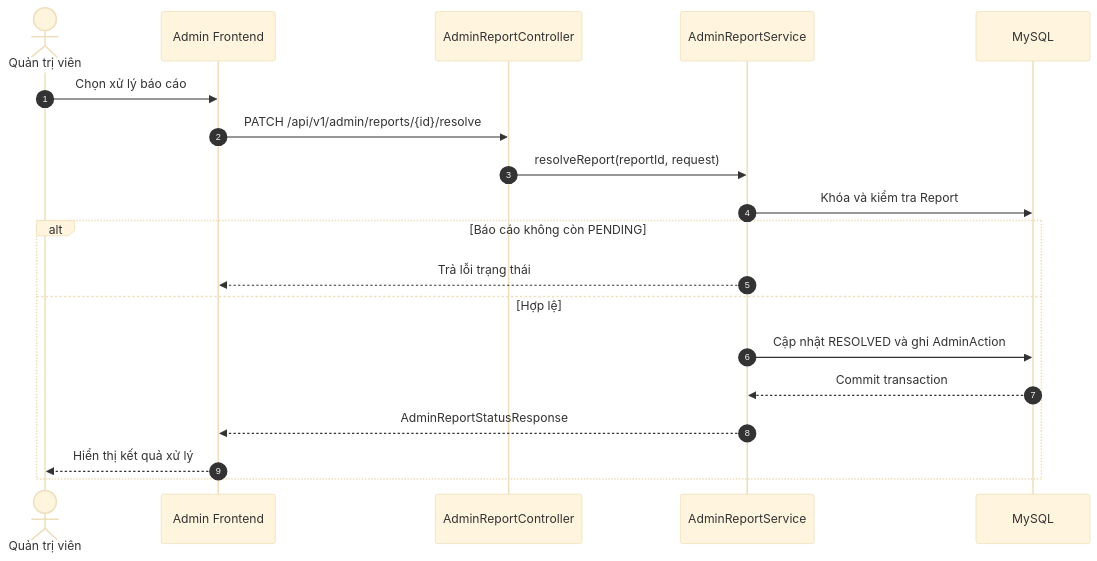
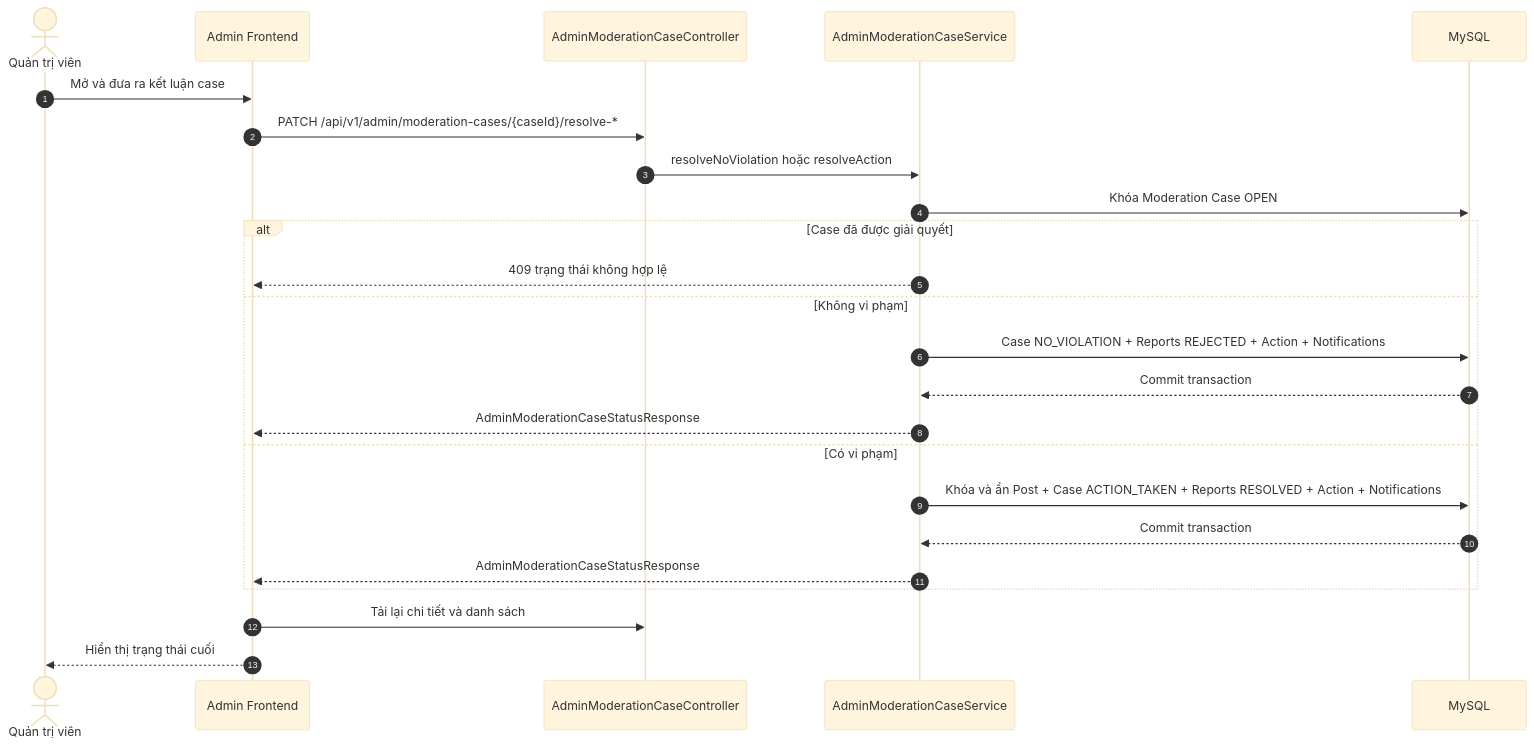
One commit to duoz0323/student-social-network changed the diagram in docs/diagrams/sequence diagrams/process-report-sequence-report.mmd. Above: the diagram before and after it, drawn with Mermaid (base theme). The commit also changed 80 other files, not shown here.

```diff
--- a/docs/diagrams/sequence diagrams/process-report-sequence-report.mmd
+++ b/docs/diagrams/sequence diagrams/process-report-sequence-report.mmd
@@ -1,20 +1,25 @@
 sequenceDiagram
     autonumber
     actor A as Quản trị viên
     participant FE as Admin Frontend
-    participant RC as AdminReportController
-    participant RS as AdminReportService
+    participant MC as AdminModerationCaseController
+    participant MS as AdminModerationCaseService
     participant DB as MySQL
 
-    A->>FE: Chọn xử lý báo cáo
-    FE->>RC: PATCH /api/v1/admin/reports/{id}/resolve
-    RC->>RS: resolveReport(reportId, request)
-    RS->>DB: Khóa và kiểm tra Report
-    alt Báo cáo không còn PENDING
-        RS-->>FE: Trả lỗi trạng thái
-    else Hợp lệ
-        RS->>DB: Cập nhật RESOLVED và ghi AdminAction
-        DB-->>RS: Commit transaction
-        RS-->>FE: AdminReportStatusResponse
-        FE-->>A: Hiển thị kết quả xử lý
+    A->>FE: Mở và đưa ra kết luận case
+    FE->>MC: PATCH /api/v1/admin/moderation-cases/{caseId}/resolve-*
+    MC->>MS: resolveNoViolation hoặc resolveAction
+    MS->>DB: Khóa Moderation Case OPEN
+    alt Case đã được giải quyết
+        MS-->>FE: 409 trạng thái không hợp lệ
+    else Không vi phạm
+        MS->>DB: Case NO_VIOLATION + Reports REJECTED + Action + Notifications
+        DB-->>MS: Commit transaction
+        MS-->>FE: AdminModerationCaseStatusResponse
+    else Có vi phạm
+        MS->>DB: Khóa và ẩn Post + Case ACTION_TAKEN + Reports RESOLVED + Action + Notifications
+        DB-->>MS: Commit transaction
+        MS-->>FE: AdminModerationCaseStatusResponse
     end
+    FE->>MC: Tải lại chi tiết và danh sách
+    FE-->>A: Hiển thị trạng thái cuối
```
